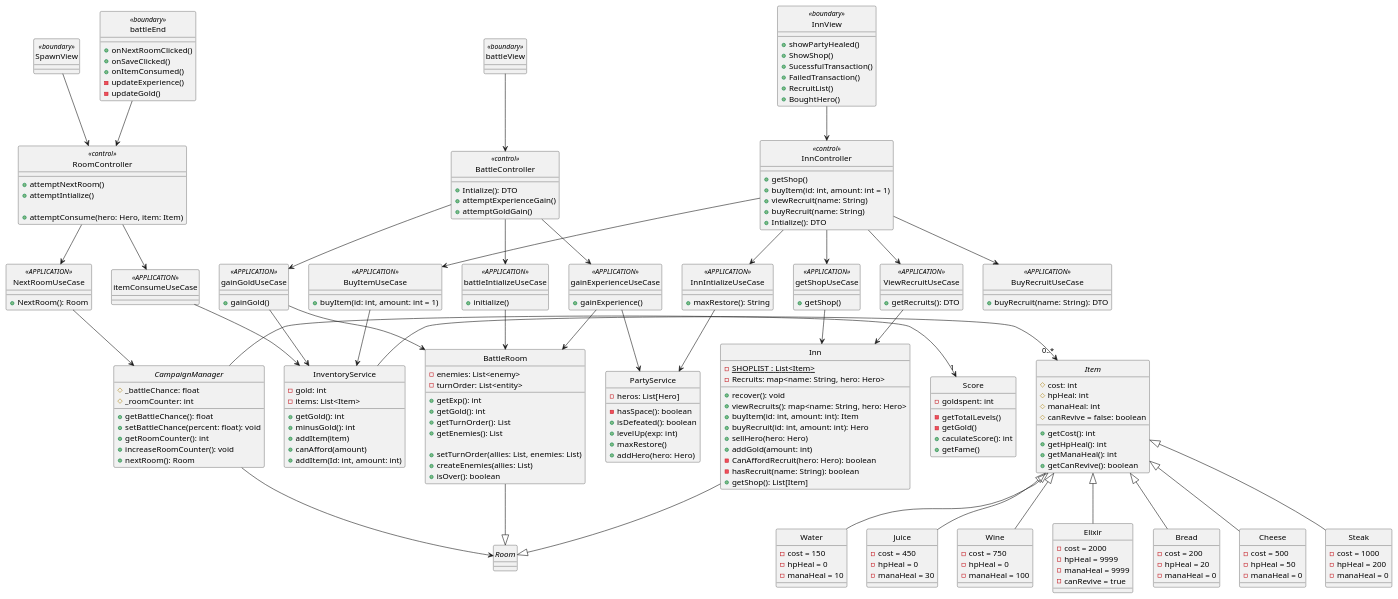
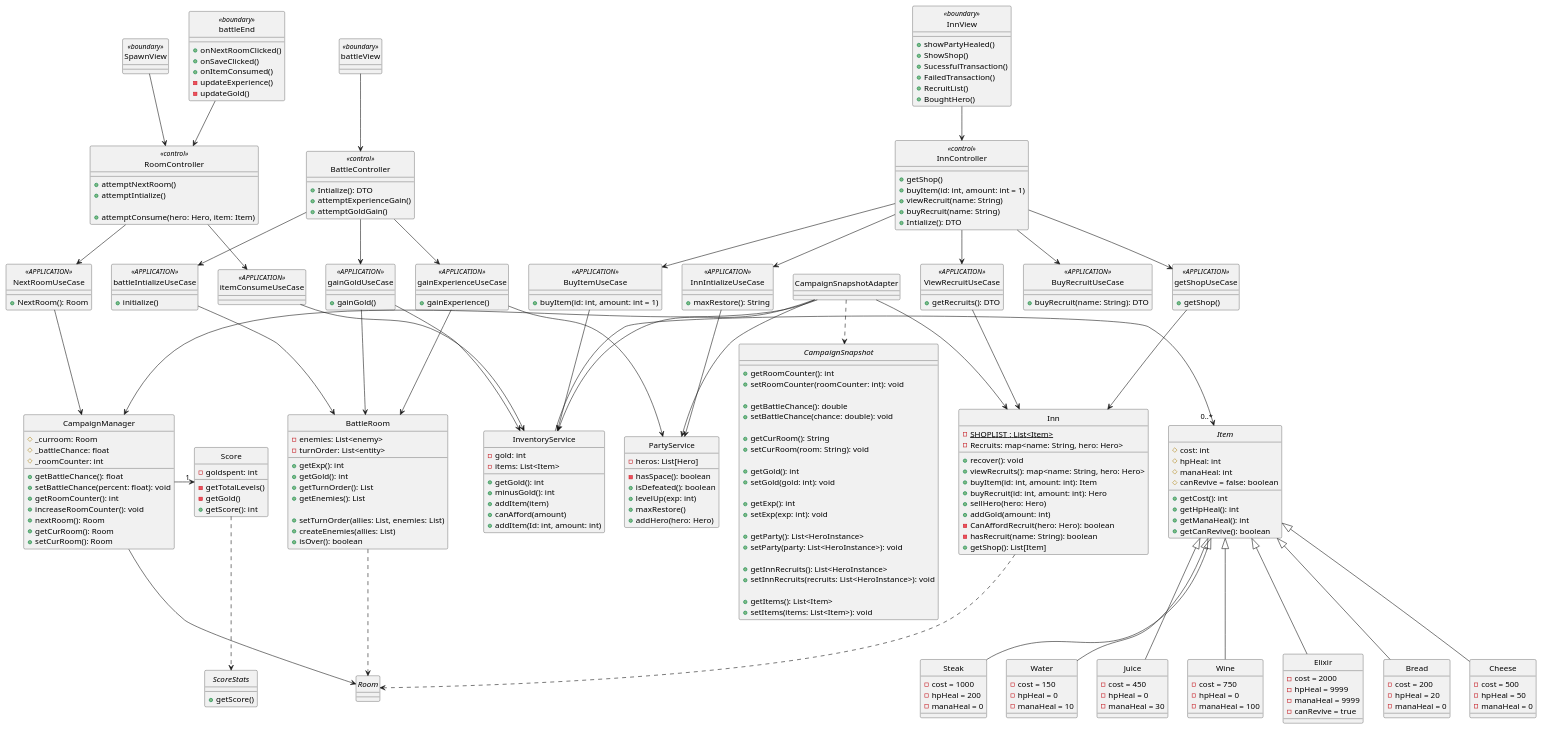
Before and after one commit to JosefG50/2203-Legends-of-Sword-and-Wand: the diagram in rpg-legends/campaign-persistence/docs/uml/services/class/inn.puml, drawn with PlantUML.

Commit message:
adapted class uml to comp diagram

```diff
--- a/rpg-legends/campaign-persistence/docs/uml/services/class/inn.puml
+++ b/rpg-legends/campaign-persistence/docs/uml/services/class/inn.puml
@@ -77,8 +77,38 @@
 class getShopUseCase <<APPLICATION>>{
     + getShop()
 }
+class CampaignSnapshotAdapter{
+    
+}
+interface CampaignSnapshot {
+        + getRoomCounter(): int
+        + setRoomCounter(roomCounter: int): void
 
+        + getBattleChance(): double
+        + setBattleChance(chance: double): void
 
+        + getCurRoom(): String
+        + setCurRoom(room: String): void
+
+        + getGold(): int
+        + setGold(gold: int): void
+
+        + getExp(): int
+        + setExp(exp: int): void
+
+        + getParty(): List<HeroInstance>
+        + setParty(party: List<HeroInstance>): void
+
+        + getInnRecruits(): List<HeroInstance>
+        + setInnRecruits(recruits: List<HeroInstance>): void
+
+        + getItems(): List<Item>
+        + setItems(items: List<Item>): void
+    }
+
+    interface ScoreStats{
+        + getScore()
+    }
 class Inn {
     - {static} SHOPLIST : List<Item>
     - Recruits: map<name: String, hero: Hero>
@@ -132,10 +162,10 @@
     - goldspent: int 
     - getTotalLevels()
     - getGold()
-    + caculateScore(): int
-    + getFame() 
+    + getScore(): int
 }
-abstract class CampaignManager{
+class CampaignManager{
+    #_curroom: Room
     #_battleChance: float
     #_roomCounter: int
     + getBattleChance(): float
@@ -143,10 +173,12 @@
     + getRoomCounter(): int
     + increaseRoomCounter(): void
     + nextRoom(): Room
+    + getCurRoom(): Room
+    + setCurRoom(): Room
 }
 
 
-abstract class Room{
+interface Room{
 
 }
 
@@ -238,9 +270,15 @@
 InnIntializeUseCase-->  PartyService
 BuyItemUseCase  --> InventoryService
 
+CampaignSnapshotAdapter --> CampaignManager
+CampaignSnapshotAdapter --> InventoryService
+CampaignSnapshotAdapter --> PartyService
+CampaignSnapshotAdapter --> Inn
 
-Inn  --|> Room
-BattleRoom  --|> Room
+CampaignSnapshotAdapter ..> CampaignSnapshot
+Score ..> ScoreStats
+Inn  ..> Room
+BattleRoom  ..> Room
 
 
 CampaignManager -> "1" Score
```
